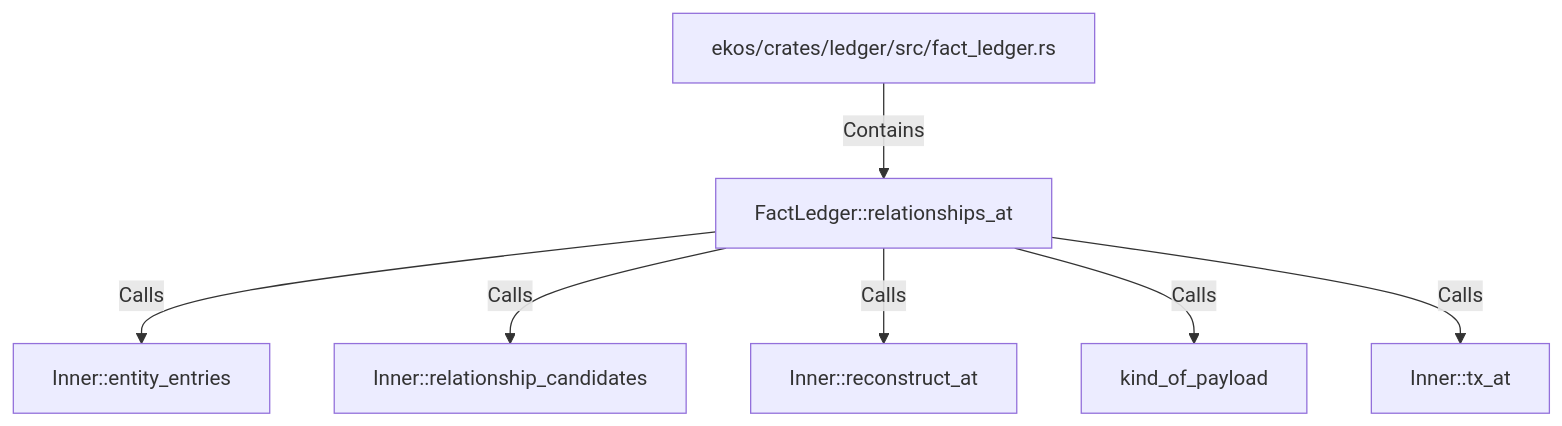
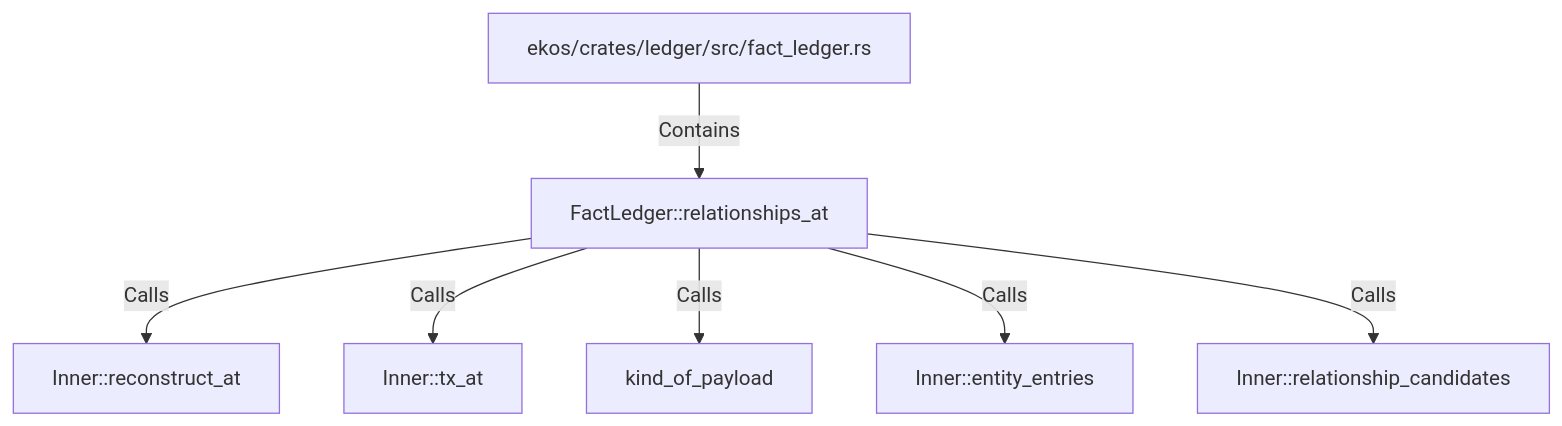
One commit to alexeyban/EKOS changed the diagram in doc/entities/rustsymbol/fa/factledger-relationships-at.md. Above: the diagram before and after it, drawn with Mermaid. The commit also changed other lines of this file and 552 other files, not shown here.

````diff
--- a/doc/entities/rustsymbol/fa/factledger-relationships-at.md
+++ b/doc/entities/rustsymbol/fa/factledger-relationships-at.md
@@ -25,16 +25,16 @@
 ```mermaid
 graph TD
     nc47392f68e4b54df93160196d42d6f5d["FactLedger::relationships_at"]
     neadcb59e818f5d1eaf87ff29aba11423["ekos/crates/ledger/src/fact_ledger.rs"]
     neadcb59e818f5d1eaf87ff29aba11423 -->|Contains| nc47392f68e4b54df93160196d42d6f5d
+    n79bd74042990533fb4f5b3d167543336["Inner::reconstruct_at"]
+    nc47392f68e4b54df93160196d42d6f5d -->|Calls| n79bd74042990533fb4f5b3d167543336
+    n33bdc704df715f9fadc3cd05c98590a2["Inner::tx_at"]
+    nc47392f68e4b54df93160196d42d6f5d -->|Calls| n33bdc704df715f9fadc3cd05c98590a2
+    nabd8ce5ae66350cea42fe2c4a13c43fb["kind_of_payload"]
+    nc47392f68e4b54df93160196d42d6f5d -->|Calls| nabd8ce5ae66350cea42fe2c4a13c43fb
     n1ada5b5695145eaeb940bf8f8ac90935["Inner::entity_entries"]
     nc47392f68e4b54df93160196d42d6f5d -->|Calls| n1ada5b5695145eaeb940bf8f8ac90935
     nd69a321275e058c2aef0332cec180e53["Inner::relationship_candidates"]
     nc47392f68e4b54df93160196d42d6f5d -->|Calls| nd69a321275e058c2aef0332cec180e53
-    n79bd74042990533fb4f5b3d167543336["Inner::reconstruct_at"]
-    nc47392f68e4b54df93160196d42d6f5d -->|Calls| n79bd74042990533fb4f5b3d167543336
-    nabd8ce5ae66350cea42fe2c4a13c43fb["kind_of_payload"]
-    nc47392f68e4b54df93160196d42d6f5d -->|Calls| nabd8ce5ae66350cea42fe2c4a13c43fb
-    n33bdc704df715f9fadc3cd05c98590a2["Inner::tx_at"]
-    nc47392f68e4b54df93160196d42d6f5d -->|Calls| n33bdc704df715f9fadc3cd05c98590a2
 ```
````
